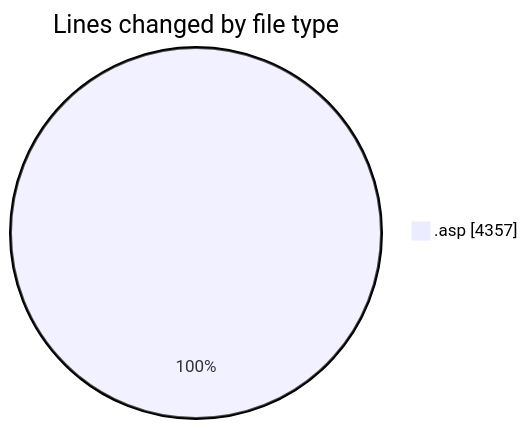
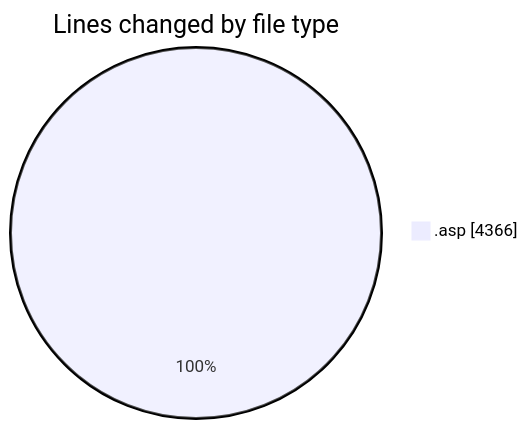
Before and after one commit to julien-gomy/code-tracking: the first of 2 diagrams in 2025-10-17/cdp_aleoudev_fr__workspace_/README.md, drawn with Mermaid. The commit also changed other lines of this file and 1 other file, not shown here.

````diff
--- a/2025-10-17/cdp_aleoudev_fr__workspace_/README.md
+++ b/2025-10-17/cdp_aleoudev_fr__workspace_/README.md
@@ -21,5 +22,5 @@
 ```mermaid
 pie showData
 title Lines changed by file type
-".asp" : 4357
+".asp" : 4366
 ```
````
